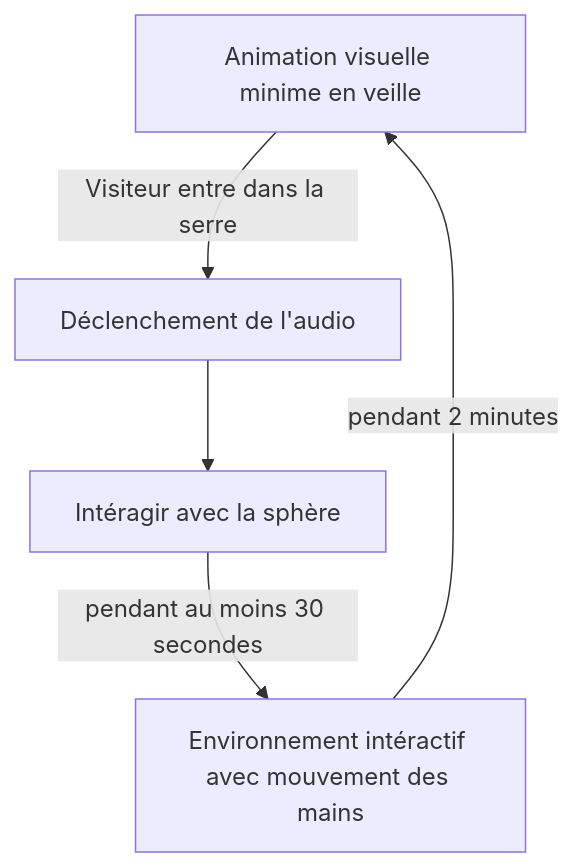
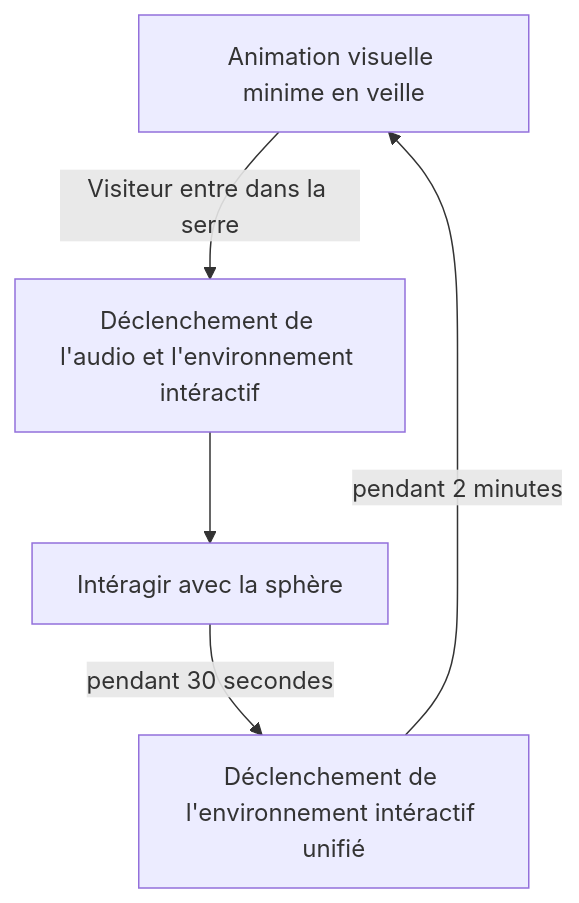
Before and after one commit to gllmAR/internature: the diagram in README.md, drawn with Mermaid. The commit also changed other lines of this file, not shown here.

````diff
--- a/README.md
+++ b/README.md
@@ -10,7 +10,7 @@
 ```mermaid
 flowchart TD
-    A[Animation visuelle minime et volume en pause: état de veille] -->|Visiteur entre dans la serre| B[Déclenchement de l'audio]
+    A[Animation visuelle minime et volume en pause: état de veille] -->|Visiteur entre dans la serre| B[Déclenchement de l'audio et l'environnement intéractif]
     B --> C[Intéragir avec la sphère]
-    C -->|pendant au moins 30 secondes| D[Environnement intéractif avec mouvement des mains] 
+    C -->|pendant 30 secondes| D[Déclenchement de l'environnement intéractif unifié] 
     D --> |pendant 2 minutes| A[Animation visuelle minime en veille]
 ```
````
